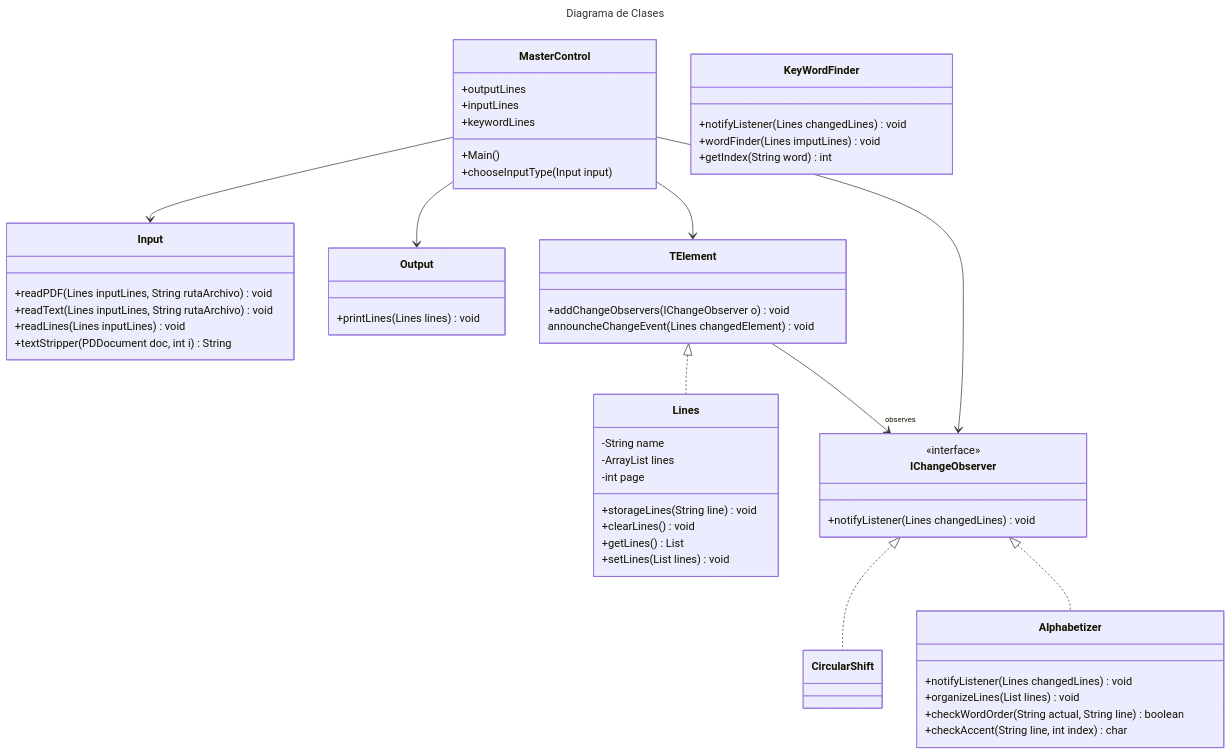
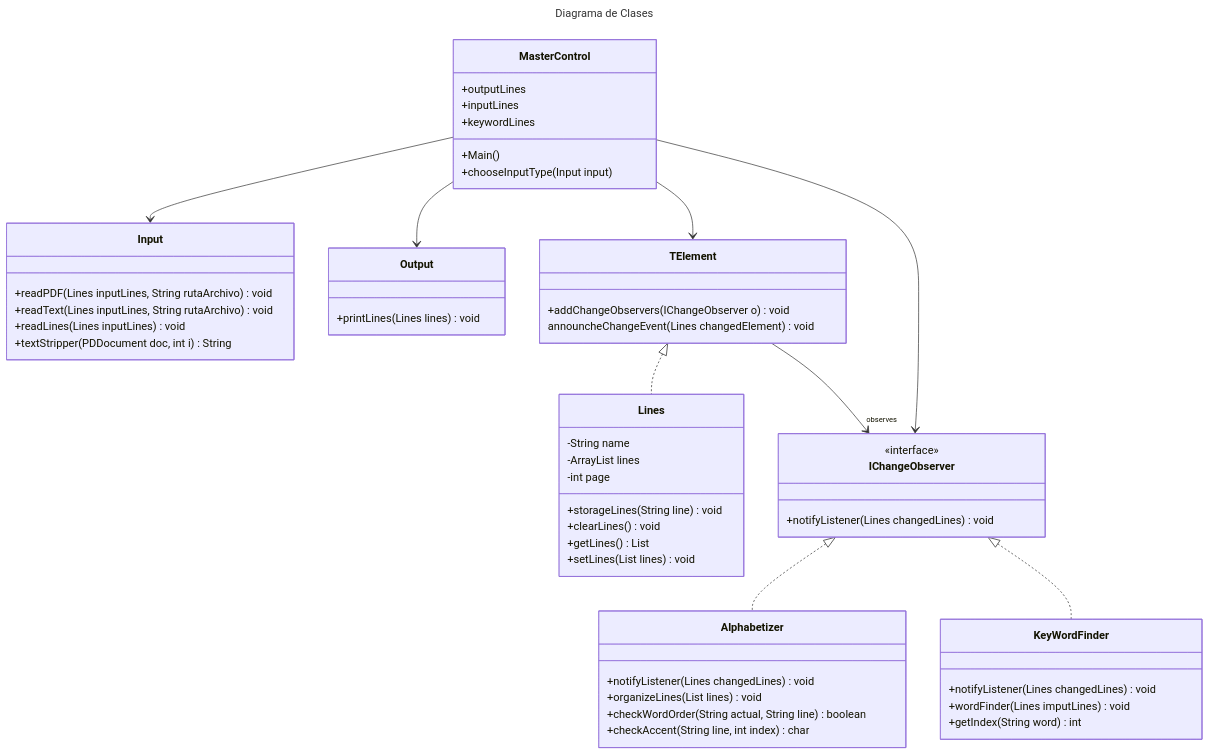
Before and after one commit to JoseMGN21/GlosarioKeyWords: the diagram in README.md, drawn with Mermaid.

````diff
--- a/README.md
+++ b/README.md
@@ -2,67 +2,67 @@
 ```mermaid
 ---
 title: Diagrama de Clases
 ---
 classDiagram
     MasterControl --> Input
     MasterControl --> Output
     MasterControl --> TElement
     TElement <|.. Lines
     TElement -->"observes" IChangeObserver
-    IChangeObserver <|.. CircularShift
     IChangeObserver <|.. Alphabetizer
+    IChangeObserver <|.. KeyWordFinder
     MasterControl --> IChangeObserver
     
 
     class MasterControl{
       +outputLines
       +inputLines
       +keywordLines
       +Main()
       +chooseInputType(Input input)
     }
 
     class TElement{
       +addChangeObservers(IChangeObserver o)void
       announcheChangeEvent(Lines changedElement)void
     }
 
     class IChangeObserver{
         <<interface>>
       +notifyListener(Lines changedLines) void
     }
 
     class KeyWordFinder{
         +notifyListener(Lines changedLines) void
         +wordFinder(Lines imputLines)void
         +getIndex(String word)int
     }   
 
     class Alphabetizer{
         +notifyListener(Lines changedLines) void
         +organizeLines(List<String> lines) void
         +checkWordOrder(String actual, String line)boolean
         +checkAccent(String line, int index)char
     }
 
     class Lines{
         -String name
         -ArrayList<String> lines
         -int page
         +storageLines(String line) void
         +clearLines()void
         +getLines()List<String>
         +setLines(List<String> lines)void
     }
 
     class Input{
         +readPDF (Lines inputLines, String rutaArchivo) void
         +readText (Lines inputLines, String rutaArchivo) void
         +readLines (Lines inputLines) void
         +textStripper (PDDocument doc, int i) String
     }
 
     class Output{
         +printLines(Lines lines) void
     }
 ```
````
